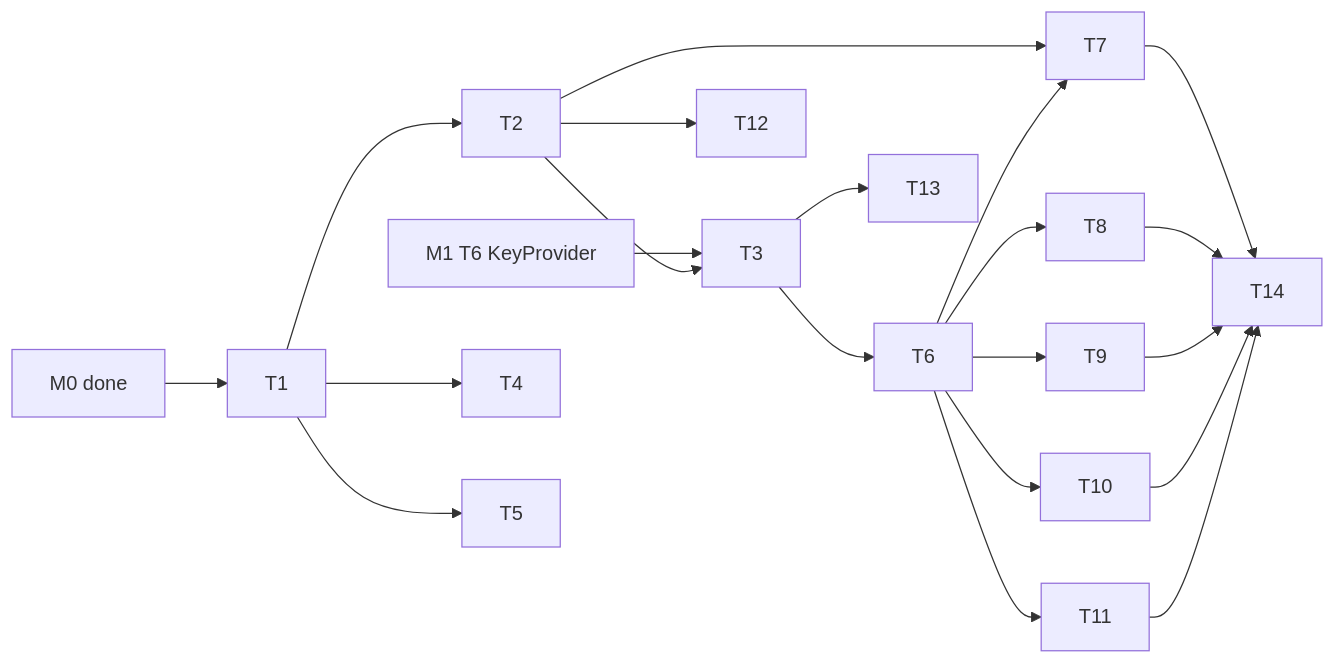
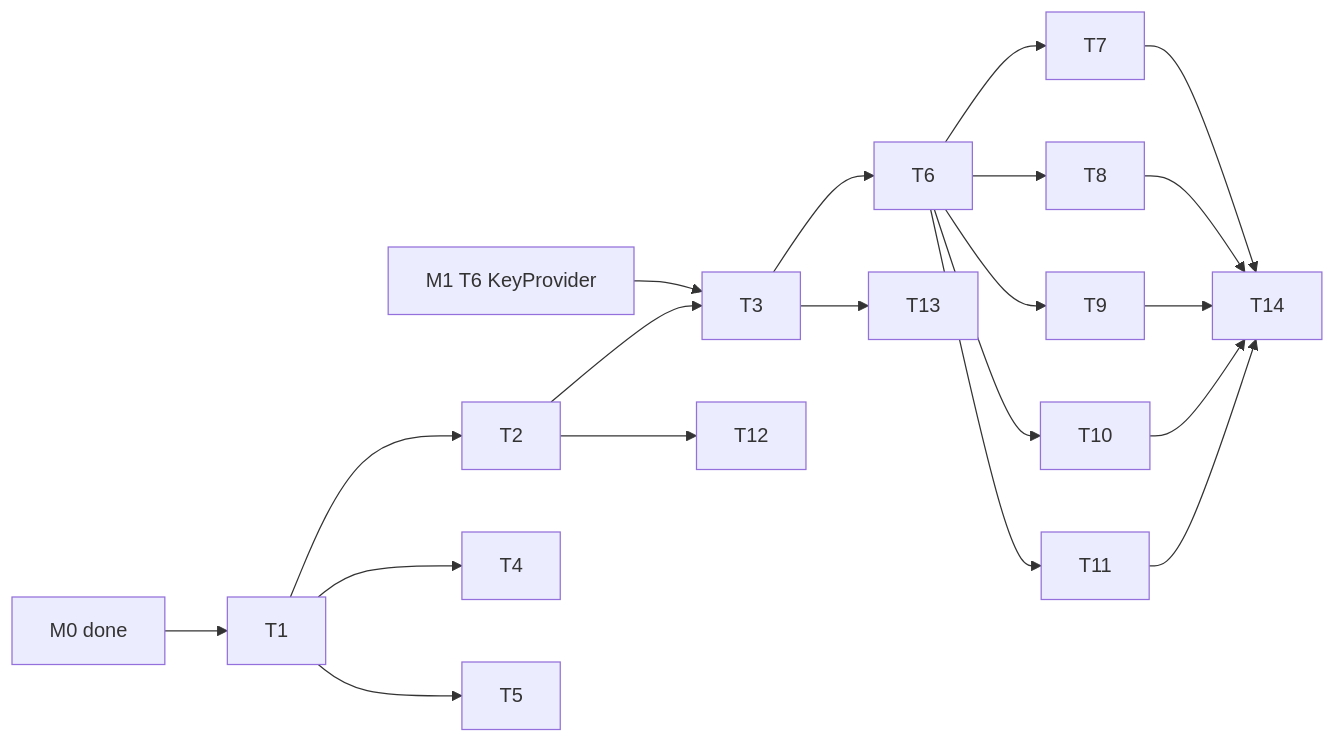
The diagram in specs/active/data-layer/tasks.md (cr1992/DayZ), drawn with Mermaid before and after one commit. The commit also changed other lines of this file and 27 other files, not shown here.

````diff
--- a/specs/active/data-layer/tasks.md
+++ b/specs/active/data-layer/tasks.md
@@ -12,23 +12,22 @@
 ```mermaid
 graph LR
   M0[M0 done] --> T1
   M1T6[M1 T6 KeyProvider] --> T3
   T1 --> T2
   T1 --> T4
   T1 --> T5
   T2 --> T3
   T3 --> T6
-  T2 --> T7
   T6 --> T7
   T6 --> T8
   T6 --> T9
   T6 --> T10
   T6 --> T11
   T2 --> T12
   T3 --> T13
   T7 --> T14
   T8 --> T14
   T9 --> T14
   T10 --> T14
   T11 --> T14
 ```
````
